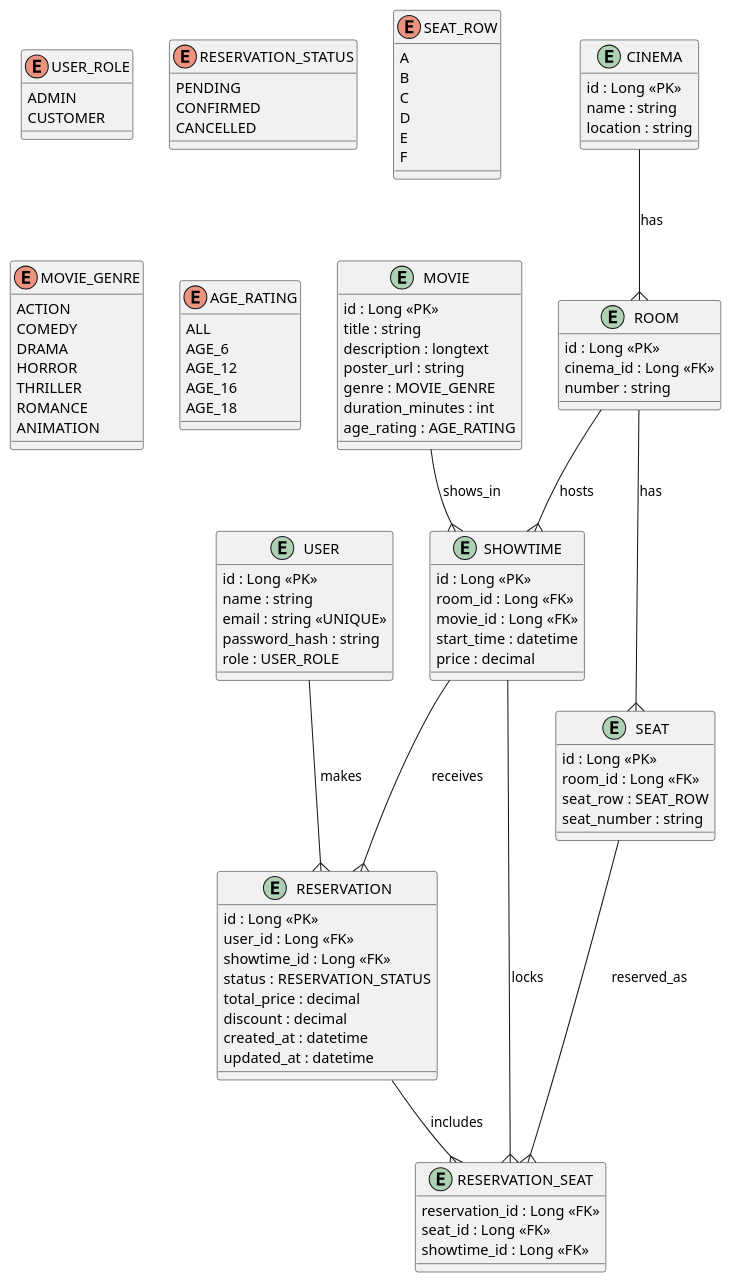
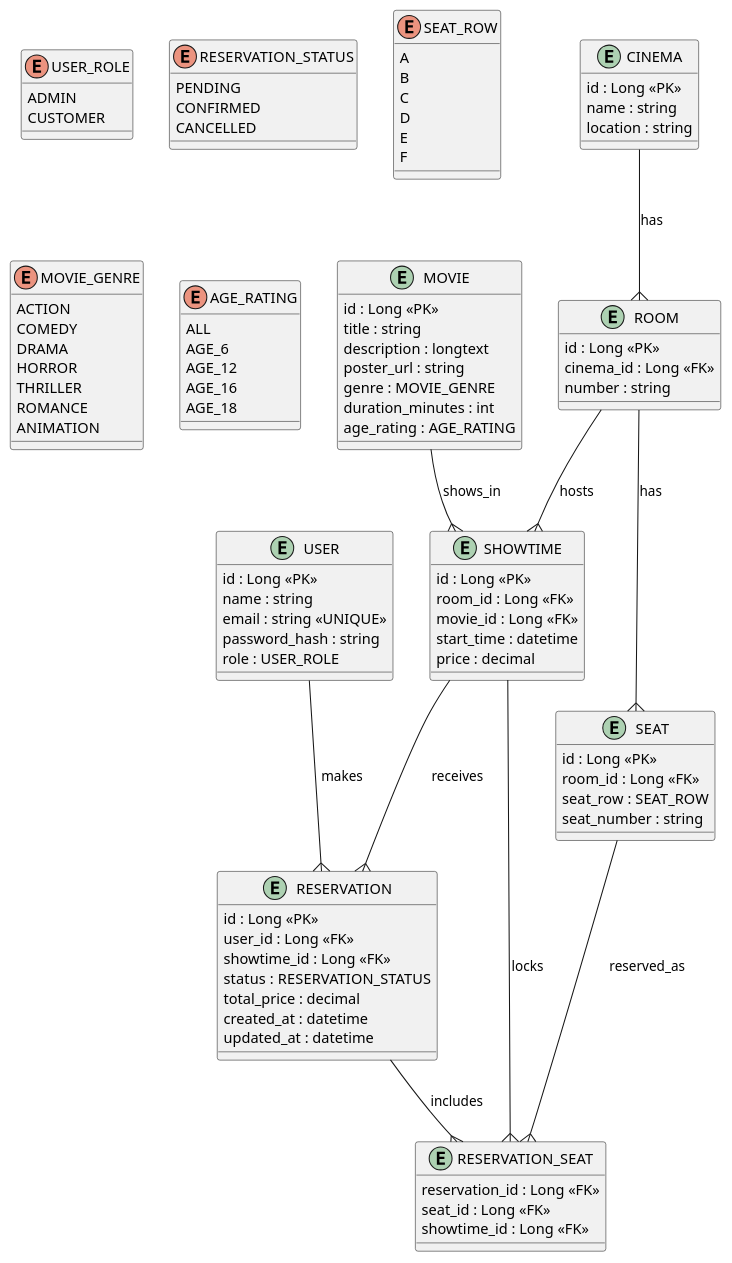
Before and after one commit to hugobumba/cinema-system: the diagram in docs/class-diagram..puml, drawn with PlantUML. The commit also changed 4 other files, not shown here.

```diff
--- a/docs/class-diagram..puml
+++ b/docs/class-diagram..puml
@@ -1,117 +1,116 @@
 @startuml
 
 enum USER_ROLE {
     ADMIN
     CUSTOMER
 }
 
 enum RESERVATION_STATUS {
     PENDING
     CONFIRMED
     CANCELLED
 }
 
 enum SEAT_ROW {
     A
     B
     C
     D
     E
     F
 }
 
 enum MOVIE_GENRE {
     ACTION
     COMEDY
     DRAMA
     HORROR
     THRILLER
     ROMANCE
     ANIMATION
 }
 
 enum AGE_RATING {
     ALL
     AGE_6
     AGE_12
     AGE_16
     AGE_18
 }
 
 
 
 entity USER {
     id : Long <<PK>>
     name : string
     email : string <<UNIQUE>>
     password_hash : string
     role : USER_ROLE
 }
 
 entity CINEMA {
     id : Long <<PK>>
     name : string
     location : string
 }
 
 entity ROOM {
     id : Long <<PK>>
     cinema_id : Long <<FK>>
     number : string
 }
 
 entity SEAT {
     id : Long <<PK>>
     room_id : Long <<FK>>
     seat_row : SEAT_ROW
     seat_number : string
 }
 
 entity MOVIE {
     id : Long <<PK>>
     title : string
     description : longtext
     poster_url : string
     genre : MOVIE_GENRE
     duration_minutes : int
     age_rating : AGE_RATING
 }
 
 entity SHOWTIME {
     id : Long <<PK>>
     room_id : Long <<FK>>
     movie_id : Long <<FK>>
     start_time : datetime
     price : decimal
 }
 
 entity RESERVATION {
     id : Long <<PK>>
     user_id : Long <<FK>>
     showtime_id : Long <<FK>>
     status : RESERVATION_STATUS
     total_price : decimal
-    discount : decimal
     created_at : datetime
     updated_at : datetime
 }
 
 entity RESERVATION_SEAT {
     reservation_id : Long <<FK>>
     seat_id : Long <<FK>>
     showtime_id : Long <<FK>>
 }
 
 
 
 USER --{ RESERVATION : makes
 CINEMA --{ ROOM : has
 ROOM --{ SEAT : has
 ROOM --{ SHOWTIME : hosts
 MOVIE --{ SHOWTIME : shows_in
 SHOWTIME --{ RESERVATION : receives
 RESERVATION --{ RESERVATION_SEAT : includes
 SEAT --{ RESERVATION_SEAT : reserved_as
 SHOWTIME --{ RESERVATION_SEAT : locks
 
 @enduml
```
